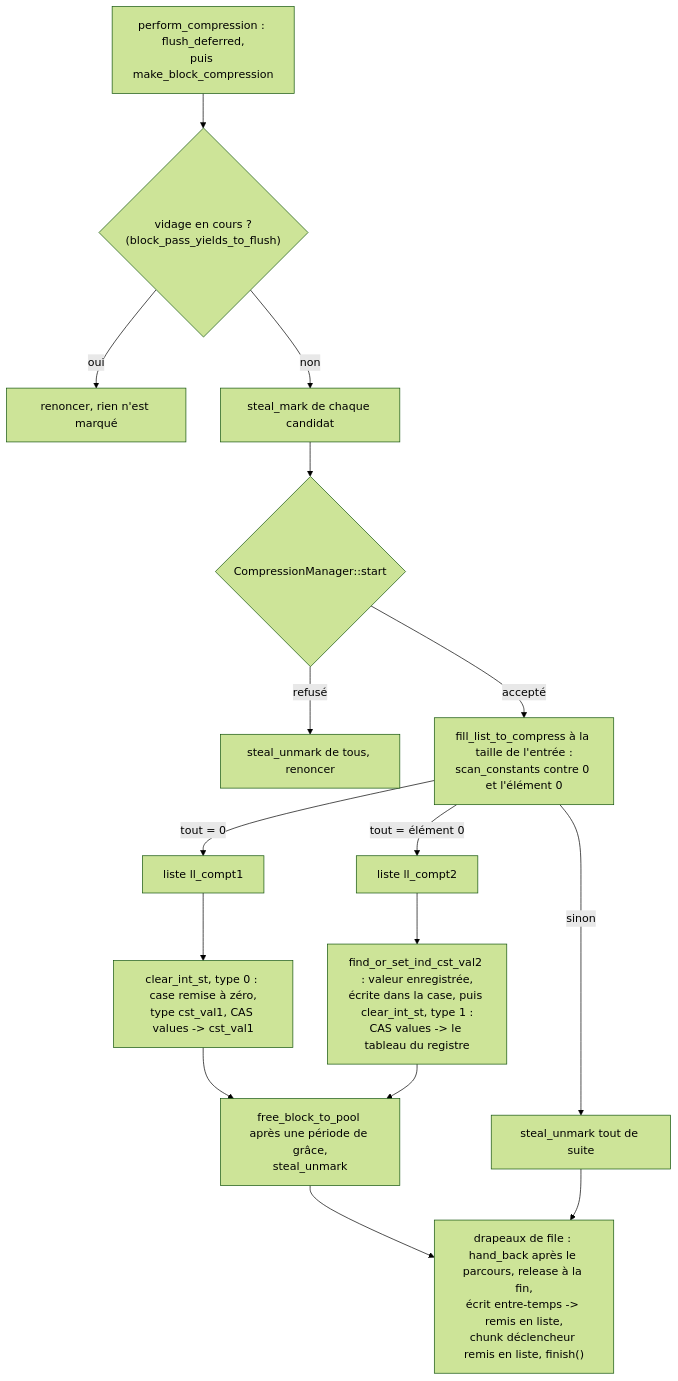
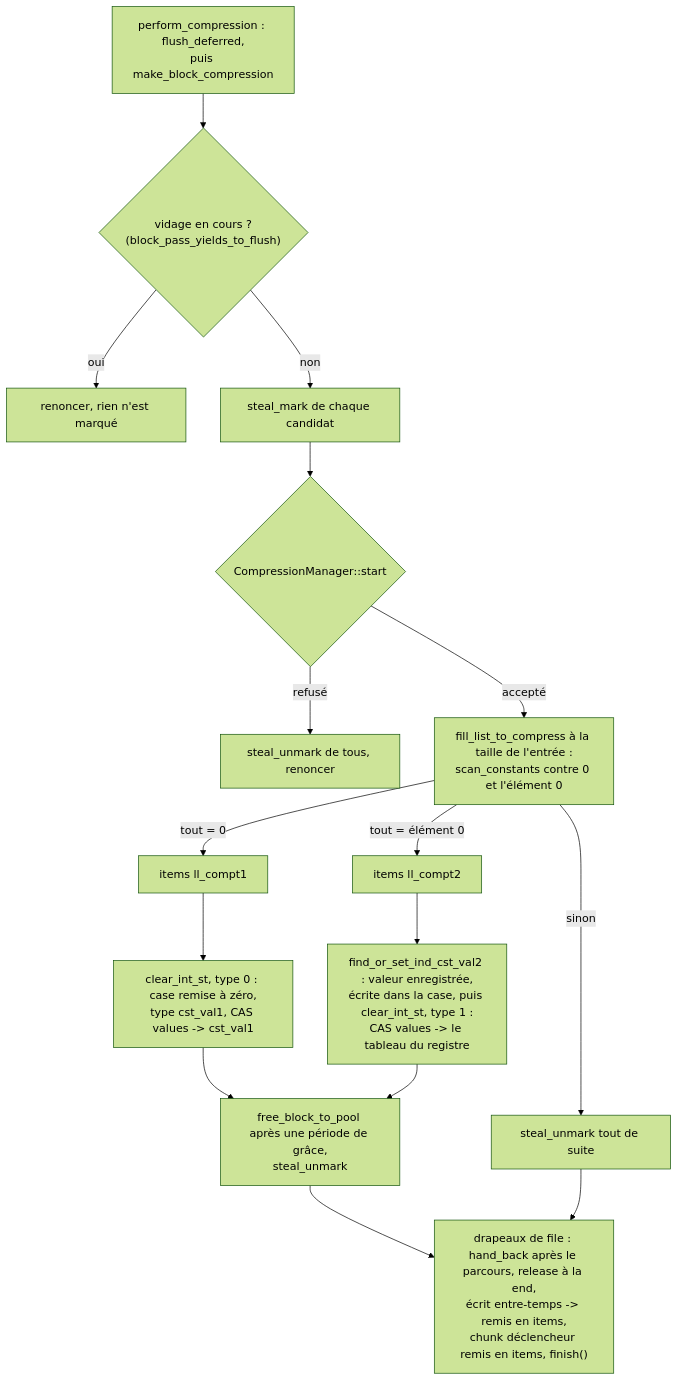
Before and after one commit to cea-hpc/shrink-array: the first of 2 diagrams in docs/algo_zero_any_fr.md, drawn with Mermaid (forest theme). The commit also changed other lines of this file and 99 other files, not shown here.

````diff
--- a/docs/algo_zero_any_fr.md
+++ b/docs/algo_zero_any_fr.md
@@ -135,18 +135,18 @@
 ```mermaid
 flowchart TD
     A["perform_compression : flush_deferred,<br/>puis make_block_compression"] --> B{"vidage en cours ?<br/>(block_pass_yields_to_flush)"}
     B -->|oui| B1["renoncer, rien n'est marqué"]
     B -->|non| C["steal_mark de chaque candidat"]
     C --> D{"CompressionManager::start"}
     D -->|refusé| D1["steal_unmark de tous, renoncer"]
     D -->|accepté| E["fill_list_to_compress à la taille de l'entrée :<br/>scan_constants contre 0 et l'élément 0"]
-    E -->|"tout = 0"| F["liste ll_compt1"]
-    E -->|"tout = élément 0"| G["liste ll_compt2"]
+    E -->|"tout = 0"| F["items ll_compt1"]
+    E -->|"tout = élément 0"| G["items ll_compt2"]
     E -->|"sinon"| N["steal_unmark tout de suite"]
     F --> F1["clear_int_st, type 0 : case remise à zéro,<br/>type cst_val1, CAS values -> cst_val1"]
     G --> G1["find_or_set_ind_cst_val2 : valeur enregistrée,<br/>écrite dans la case, puis clear_int_st, type 1 :<br/>CAS values -> le tableau du registre"]
     F1 --> R["free_block_to_pool après une période de grâce,<br/>steal_unmark"]
     G1 --> R
-    R --> K["drapeaux de file : hand_back après le parcours, release à la fin,<br/>écrit entre-temps -> remis en liste,<br/>chunk déclencheur remis en liste, finish()"]
+    R --> K["drapeaux de file : hand_back après le parcours, release à la end,<br/>écrit entre-temps -> remis en items,<br/>chunk déclencheur remis en items, finish()"]
     N --> K
 ```
````
